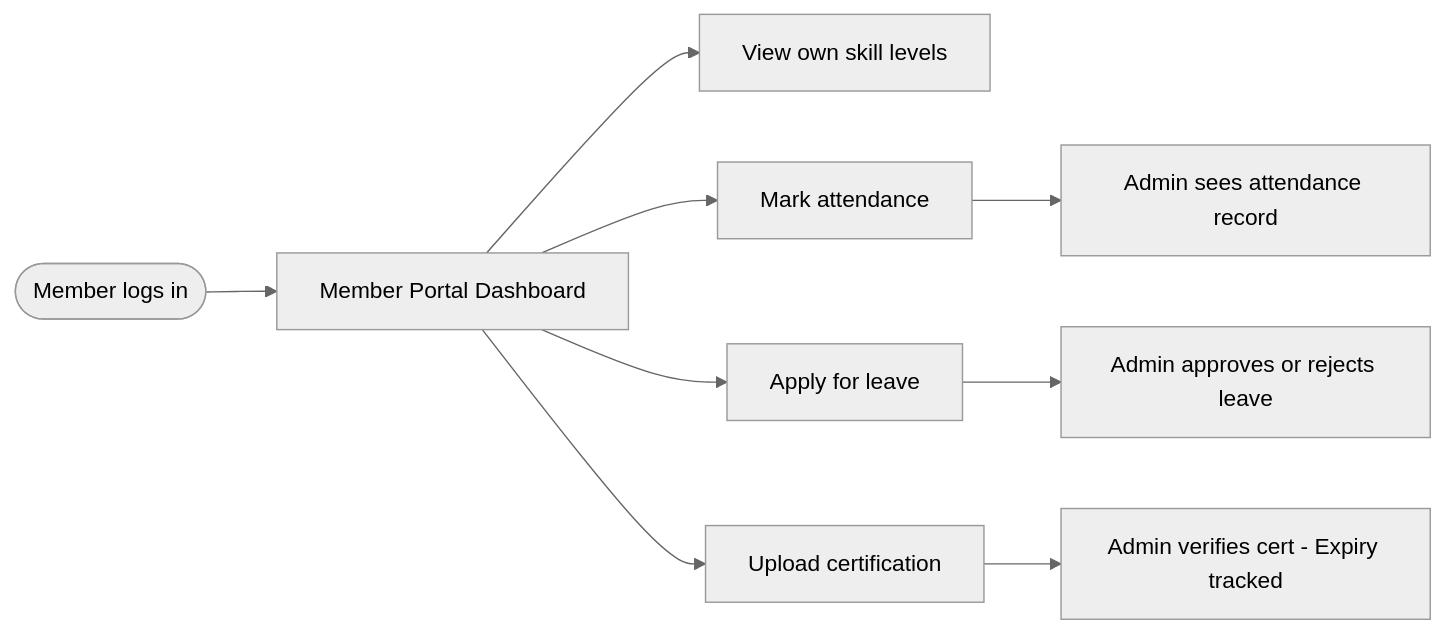
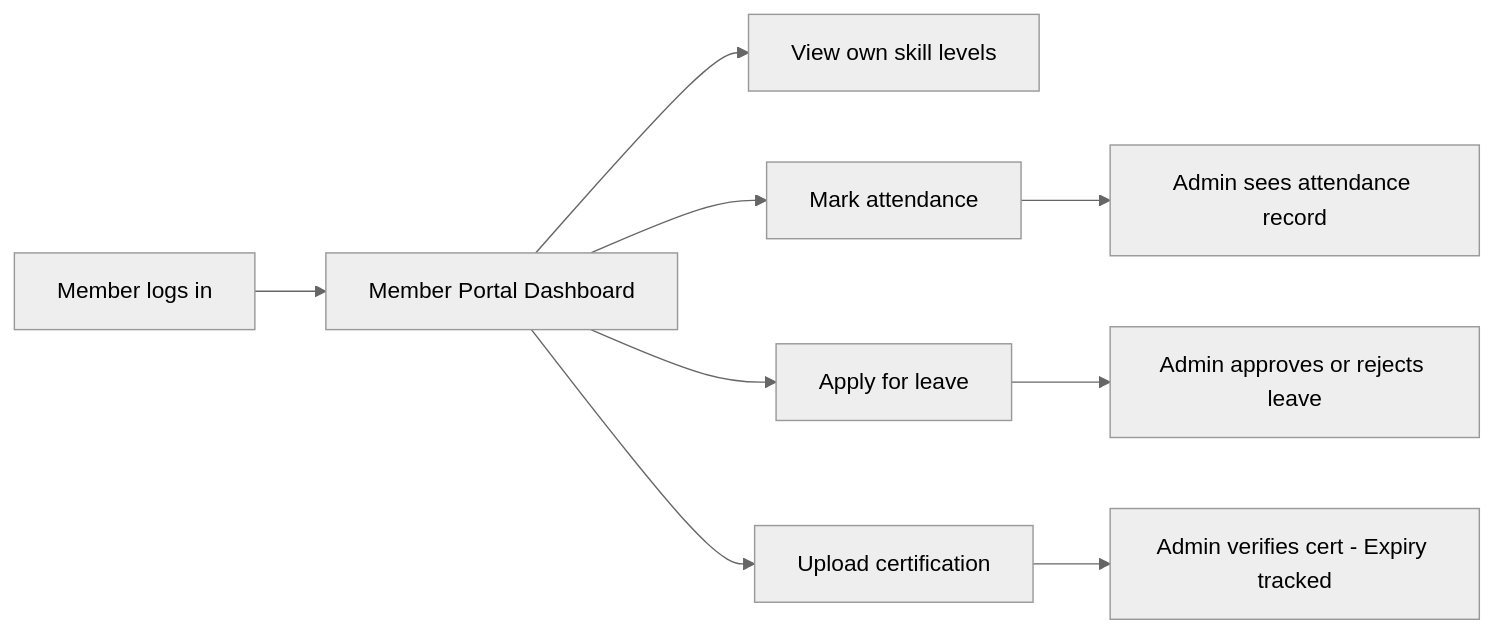
Before and after one commit to awakenedarpit/skillsforge: the seventh of 8 diagrams in README.md, drawn with Mermaid (neutral theme). The commit also changed other lines of this file, not shown here.

Commit message:
fix: sanitize Mermaid diagrams syntax and clean ER diagram relationships

````diff
--- a/README.md
+++ b/README.md
@@ -235,11 +235,11 @@
 ```mermaid
 flowchart LR
-    M(["Member logs in"]) --> P["Member Portal Dashboard"]
+    M["Member logs in"] --> P["Member Portal Dashboard"]
     P --> A["View own skill levels"]
     P --> B["Mark attendance"]
     P --> C["Apply for leave"]
     P --> D["Upload certification"]
     B --> E["Admin sees attendance record"]
     C --> F["Admin approves or rejects leave"]
     D --> G["Admin verifies cert - Expiry tracked"]
 ```
````
